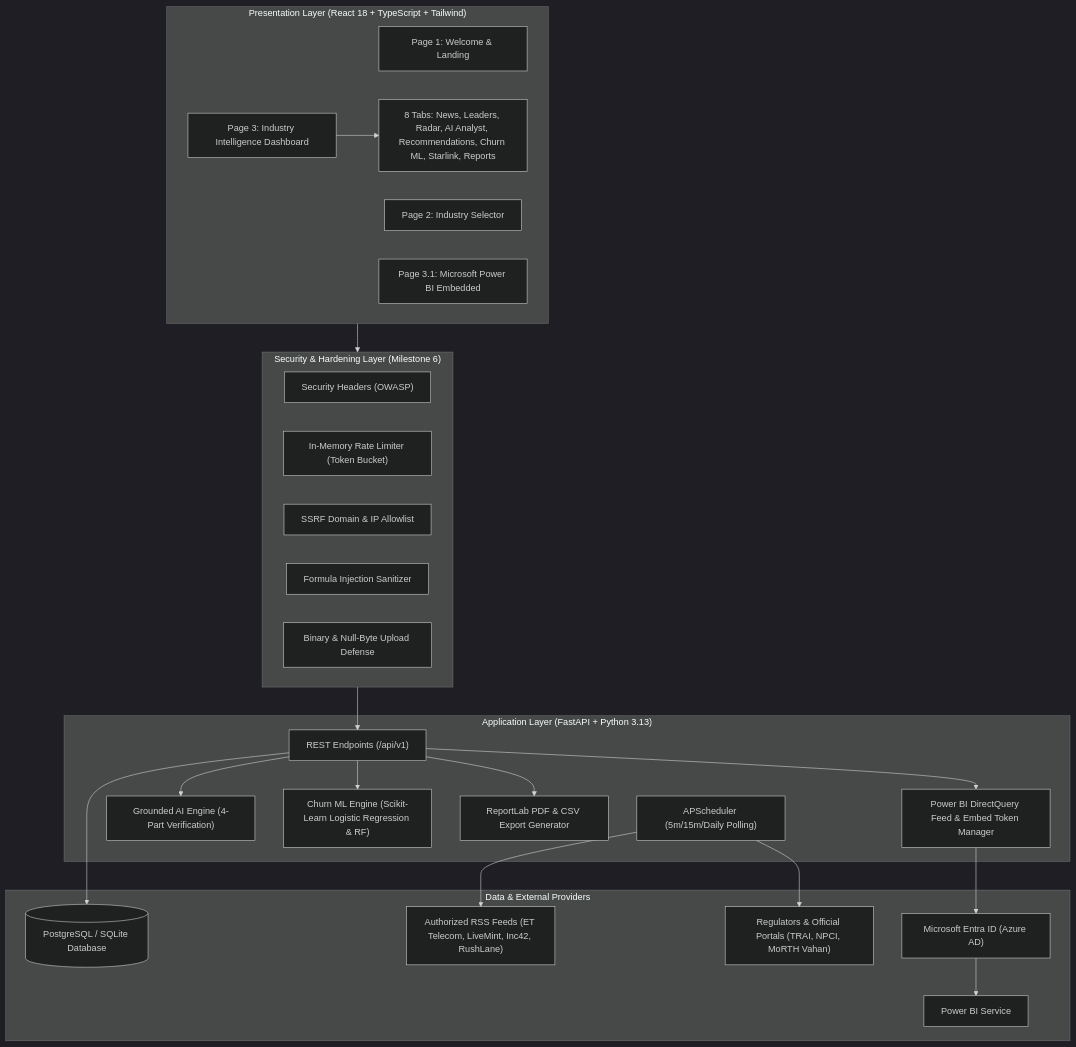
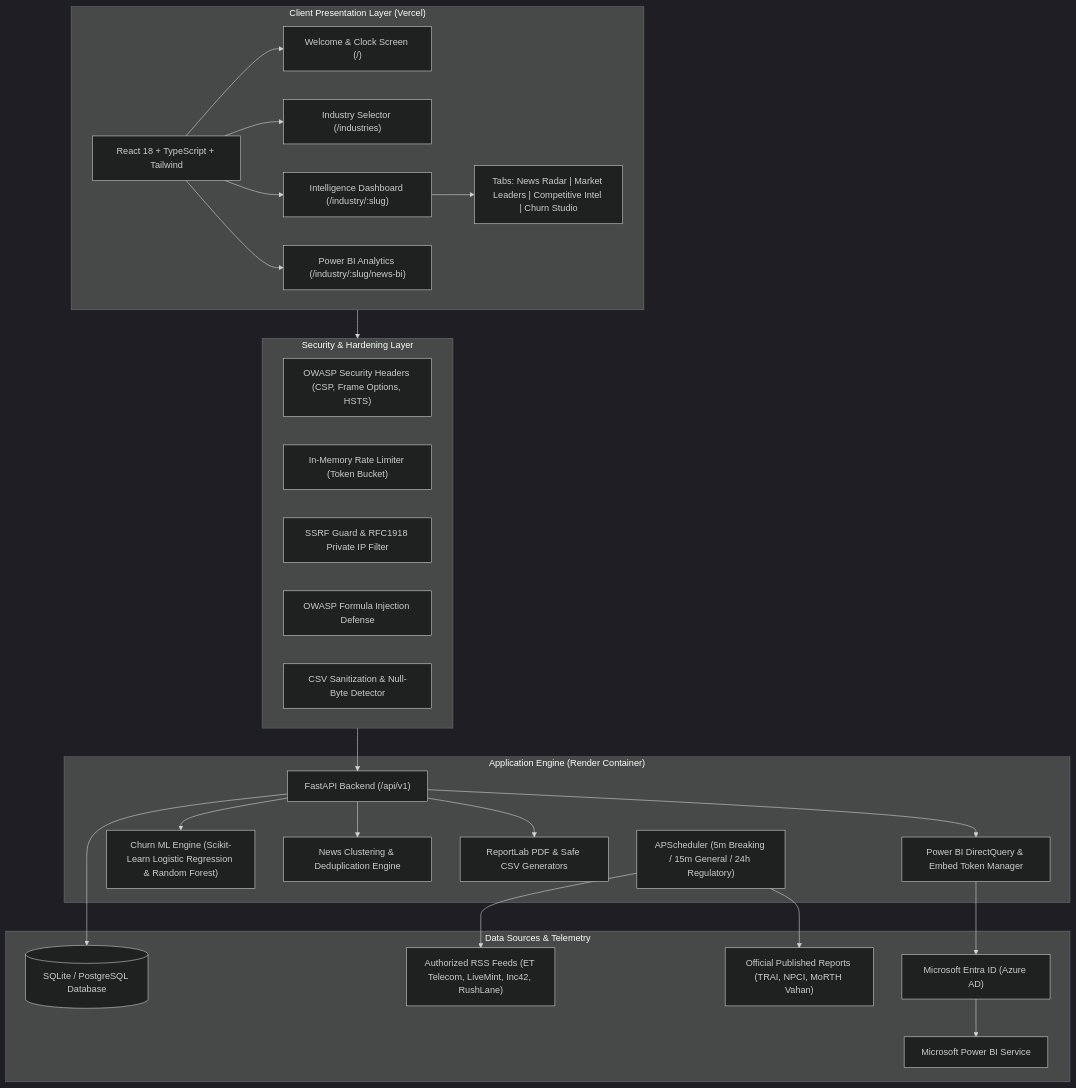
Before and after one commit to DhaneeshVijayanand/giant: the diagram in README.md, drawn with Mermaid (dark theme). The commit also changed other lines of this file, not shown here.

Commit message:
docs: overhaul README with production deployment links, architecture, and luxury design guide

````diff
--- a/README.md
+++ b/README.md
@@ -16,45 +28,46 @@
 ```mermaid
 flowchart TD
-    subgraph Frontend ["Presentation Layer (React 18 + TypeScript + Tailwind)"]
-        P1["Page 1: Welcome & Landing"]
-        P2["Page 2: Industry Selector"]
-        P3["Page 3: Industry Intelligence Dashboard"]
-        P31["Page 3.1: Microsoft Power BI Embedded"]
-        P3 --> Tabs["8 Tabs: News, Leaders, Radar, AI Analyst, Recommendations, Churn ML, Starlink, Reports"]
+    subgraph Client ["Client Presentation Layer (Vercel)"]
+        UI["React 18 + TypeScript + Tailwind"]
+        UI --> W["Welcome & Clock Screen (/)"]
+        UI --> S["Industry Selector (/industries)"]
+        UI --> D["Intelligence Dashboard (/industry/:slug)"]
+        UI --> BI["Power BI Analytics (/industry/:slug/news-bi)"]
+        D --> Tabs["Tabs: News Radar | Market Leaders | Competitive Intel | Churn Studio"]
     end
 
-    subgraph Security ["Security & Hardening Layer (Milestone 6)"]
-        H["Security Headers (OWASP)"]
+    subgraph Security ["Security & Hardening Layer"]
+        SH["OWASP Security Headers (CSP, Frame Options, HSTS)"]
         RL["In-Memory Rate Limiter (Token Bucket)"]
-        SSRF["SSRF Domain & IP Allowlist"]
-        FI["Formula Injection Sanitizer"]
-        FU["Binary & Null-Byte Upload Defense"]
+        SSRF["SSRF Guard & RFC1918 Private IP Filter"]
+        CSVSEC["OWASP Formula Injection Defense"]
+        FSEC["CSV Sanitization & Null-Byte Detector"]
     end
 
-    subgraph Backend ["Application Layer (FastAPI + Python 3.13)"]
-        API["REST Endpoints (/api/v1)"]
-        SCH["APScheduler (5m/15m/Daily Polling)"]
-        RAG["Grounded AI Engine (4-Part Verification)"]
-        ML["Churn ML Engine (Scikit-Learn Logistic Regression & RF)"]
-        REP["ReportLab PDF & CSV Export Generator"]
-        PBI["Power BI DirectQuery Feed & Embed Token Manager"]
+    subgraph Server ["Application Engine (Render Container)"]
+        API["FastAPI Backend (/api/v1)"]
+        SCHED["APScheduler (5m Breaking / 15m General / 24h Regulatory)"]
+        ML["Churn ML Engine (Scikit-Learn Logistic Regression & Random Forest)"]
+        DEDUP["News Clustering & Deduplication Engine"]
+        EXPO["ReportLab PDF & Safe CSV Generators"]
+        PBI_SRV["Power BI DirectQuery & Embed Token Manager"]
     end
 
-    subgraph DataLayer ["Data & External Providers"]
-        DB[("PostgreSQL / SQLite Database")]
+    subgraph Persistence ["Data Sources & Telemetry"]
+        DB[("SQLite / PostgreSQL Database")]
         RSS["Authorized RSS Feeds (ET Telecom, LiveMint, Inc42, RushLane)"]
-        REG["Regulators & Official Portals (TRAI, NPCI, MoRTH Vahan)"]
-        AAD["Microsoft Entra ID (Azure AD)"]
-        PBIS["Power BI Service"]
+        REG["Official Published Reports (TRAI, NPCI, MoRTH Vahan)"]
+        AZURE["Microsoft Entra ID (Azure AD)"]
+        PBISVC["Microsoft Power BI Service"]
     end
 
-    Frontend --> Security --> API
+    Client --> Security --> API
     API --> DB
-    API --> RAG
     API --> ML
-    API --> REP
-    API --> PBI
-    SCH --> RSS
-    SCH --> REG
-    PBI --> AAD --> PBIS
+    API --> DEDUP
+    API --> EXPO
+    API --> PBI_SRV
+    SCHED --> RSS
+    SCHED --> REG
+    PBI_SRV --> AZURE --> PBISVC
 ```
````
